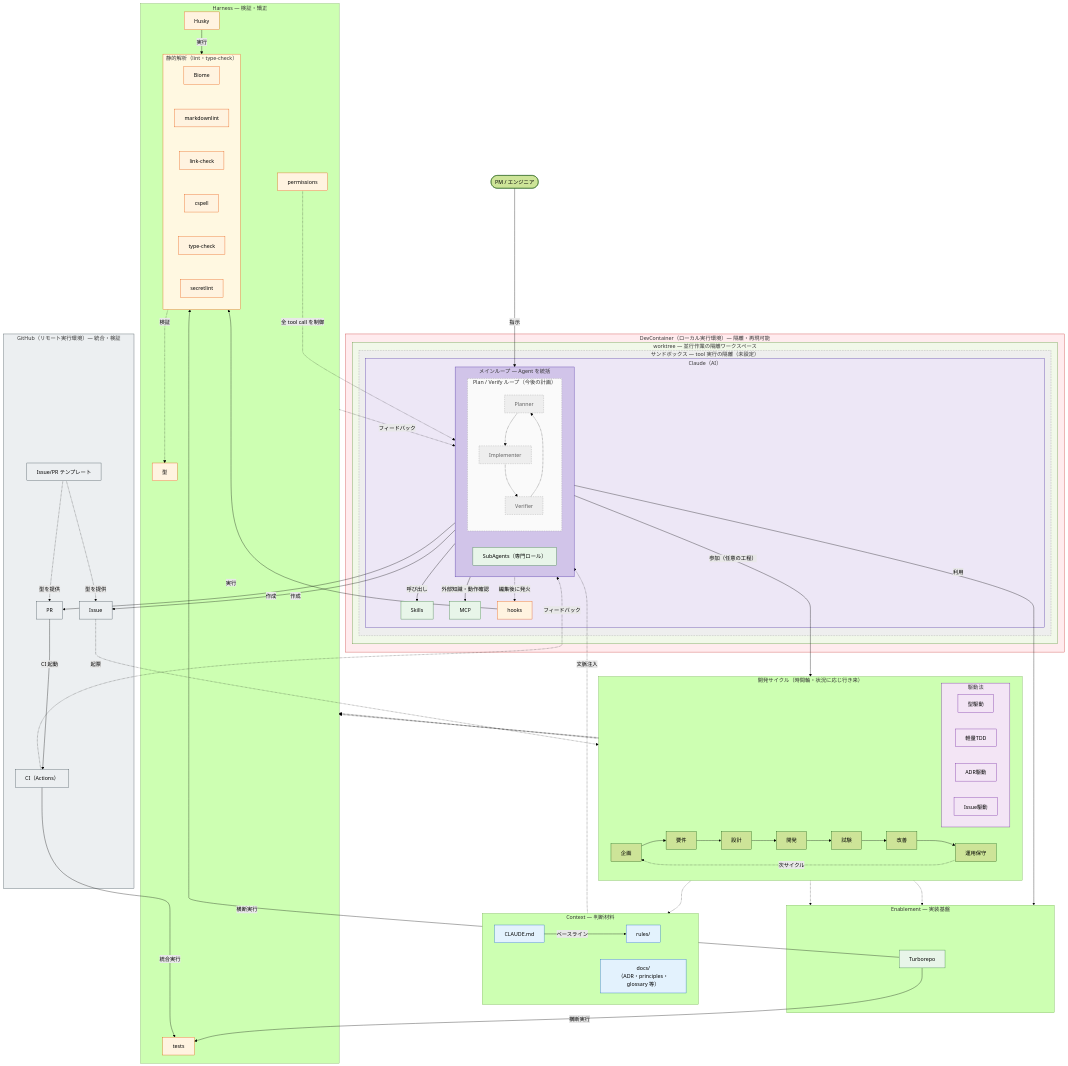
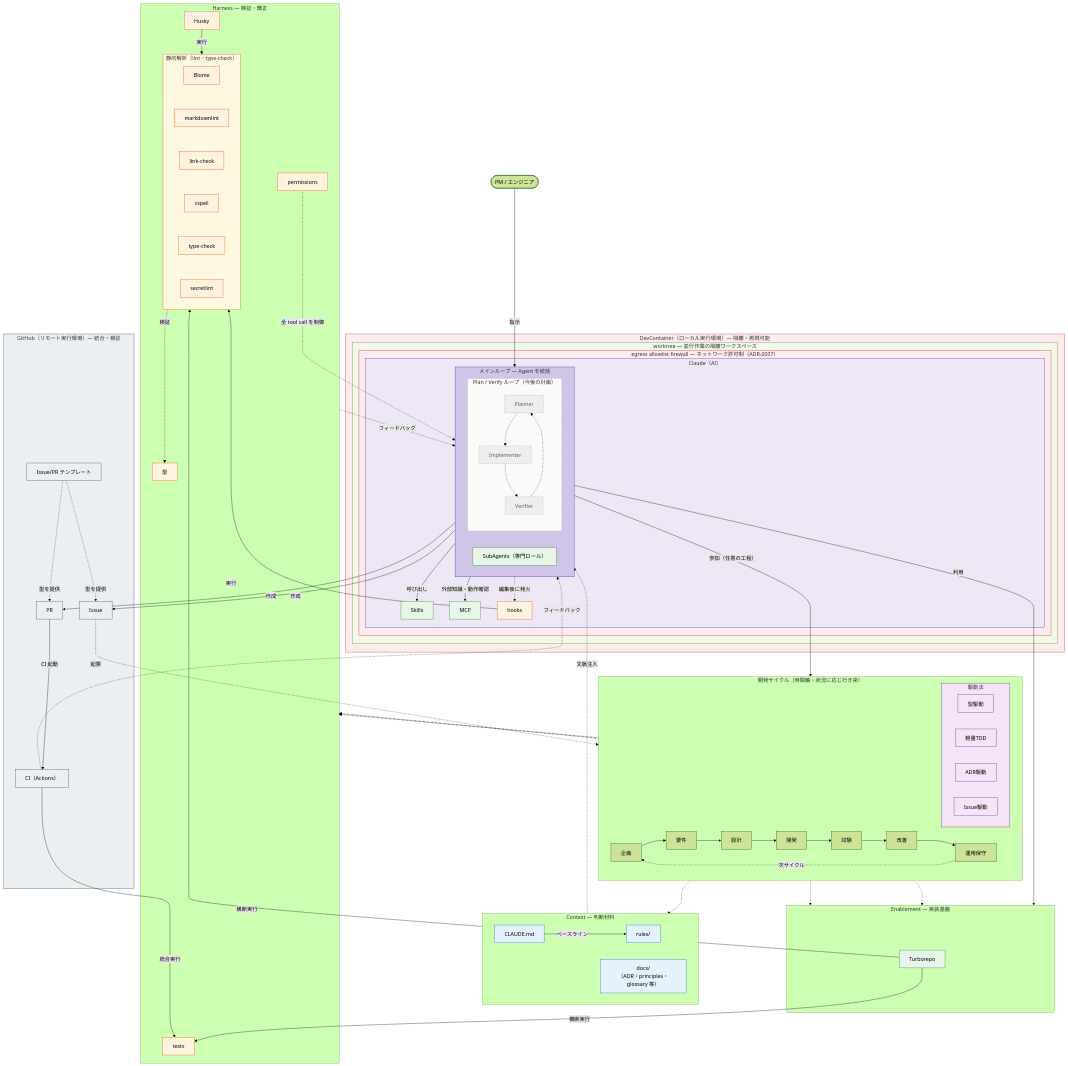
Before and after one commit to kuairen-227/agent-team-studio: the diagram in docs/guides/ai-driven-development.md, drawn with Mermaid (forest theme). The commit also changed other lines of this file and 8 other files, not shown here.

First line of the commit message:
chore(devcontainer): サンドボックス方針確定と egress allowlist firewall 導入 (#271) (#287)

```diff
--- a/docs/guides/ai-driven-development.md
+++ b/docs/guides/ai-driven-development.md
@@ -26,7 +26,7 @@
 flowchart TB
     subgraph dc["DevContainer（ローカル実行環境）— 隔離・再現可能"]
         subgraph wt["worktree — 並行作業の隔離ワークスペース"]
-            subgraph sb["サンドボックス — tool 実行の隔離（未設定）"]
+            subgraph sb["egress allowlist firewall — ネットワーク許可制（ADR-0037）"]
                 subgraph ai["Claude（AI）"]
                     subgraph ML["メインループ — Agent を統括"]
                         AGT["SubAgents（専門ロール）"]
@@ -113,7 +113,7 @@
     class CI,TPL,ISS,PR g
     class PL,IMP,VER f
     style dc fill:#ffebee,stroke:#c62828
-    style sb fill:#eeeeee,stroke:#9e9e9e,stroke-dasharray:5 3
+    style sb fill:#ffebee,stroke:#c62828
     style wt fill:#f1f8e9,stroke:#558b2f
     style ai fill:#ede7f6,stroke:#4527a0
     style ML fill:#d1c4e9,stroke:#4527a0
```
